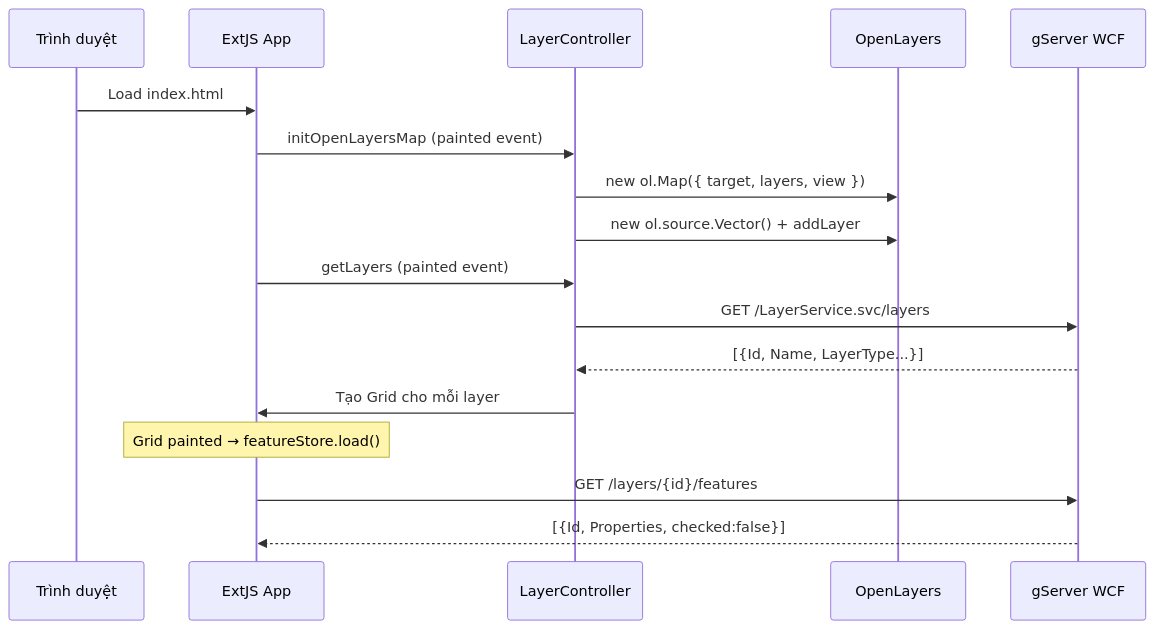
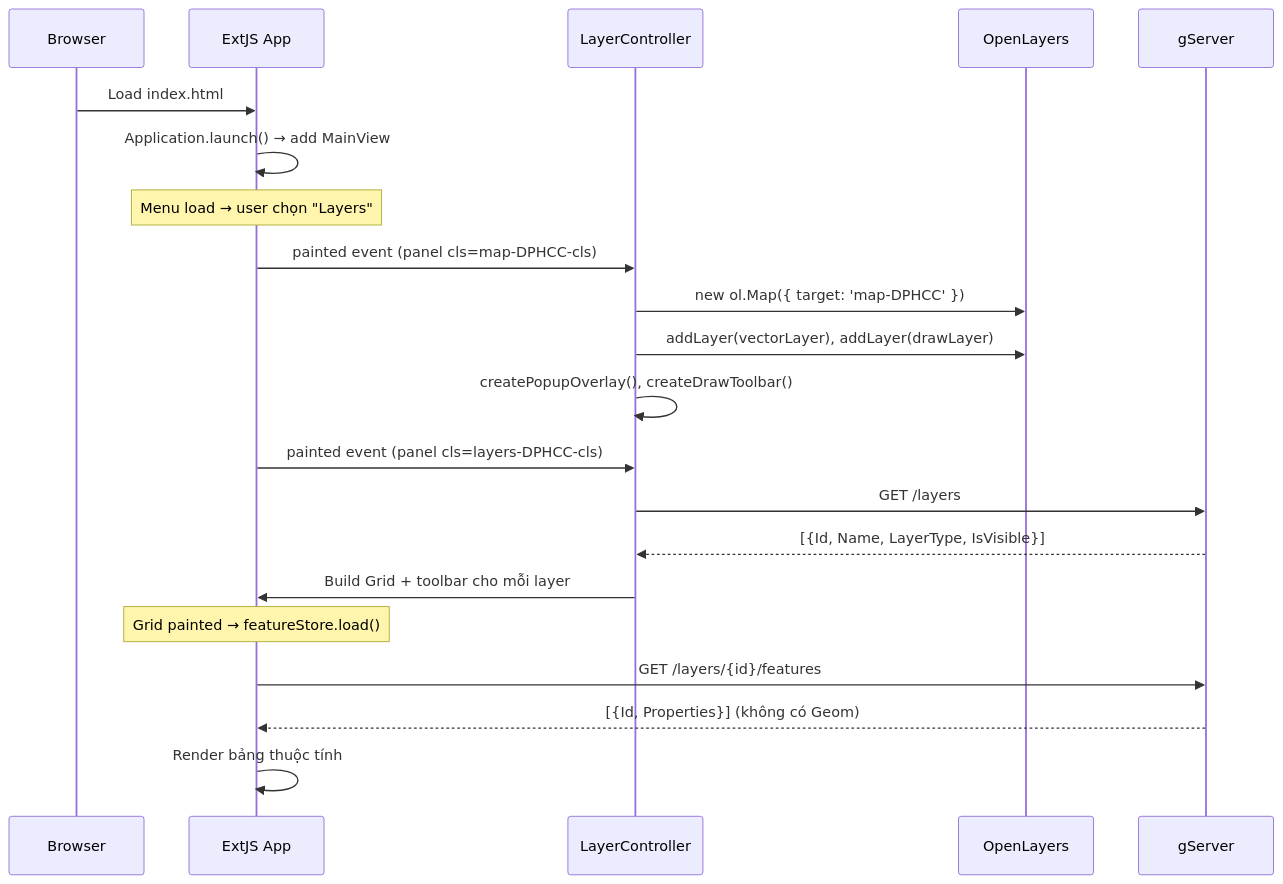
Before and after one commit to giangvanhung/gServer_0.0.1: the first of 6 diagrams in gServer_Introduction/docs/dataflow.md, drawn with Mermaid. The commit also changed other lines of this file and 14 other files, not shown here.

````diff
--- a/gServer_Introduction/docs/dataflow.md
+++ b/gServer_Introduction/docs/dataflow.md
@@ -5,21 +5,25 @@
 ```mermaid
 sequenceDiagram
-    participant B as Trình duyệt
-    participant E as ExtJS App
+    participant B as Browser
+    participant EXT as ExtJS App
     participant LC as LayerController
     participant OL as OpenLayers
-    participant WCF as gServer WCF
+    participant API as gServer
 
-    B->>E: Load index.html
-    E->>LC: initOpenLayersMap (painted event)
-    LC->>OL: new ol.Map({ target, layers, view })
-    LC->>OL: new ol.source.Vector() + addLayer
+    B->>EXT: Load index.html
+    EXT->>EXT: Application.launch() → add MainView
+    Note over EXT: Menu load → user chọn "Layers"
+    EXT->>LC: painted event (panel cls=map-DPHCC-cls)
+    LC->>OL: new ol.Map({ target: 'map-DPHCC' })
+    LC->>OL: addLayer(vectorLayer), addLayer(drawLayer)
+    LC->>LC: createPopupOverlay(), createDrawToolbar()
 
-    E->>LC: getLayers (painted event)
-    LC->>WCF: GET /LayerService.svc/layers
-    WCF-->>LC: [{Id, Name, LayerType...}]
-    LC->>E: Tạo Grid cho mỗi layer
-    Note over E: Grid painted → featureStore.load()
-    E->>WCF: GET /layers/{id}/features
-    WCF-->>E: [{Id, Properties, checked:false}]
+    EXT->>LC: painted event (panel cls=layers-DPHCC-cls)
+    LC->>API: GET /layers
+    API-->>LC: [{Id, Name, LayerType, IsVisible}]
+    LC->>EXT: Build Grid + toolbar cho mỗi layer
+    Note over EXT: Grid painted → featureStore.load()
+    EXT->>API: GET /layers/{id}/features
+    API-->>EXT: [{Id, Properties}] (không có Geom)
+    EXT->>EXT: Render bảng thuộc tính
 ```
````
